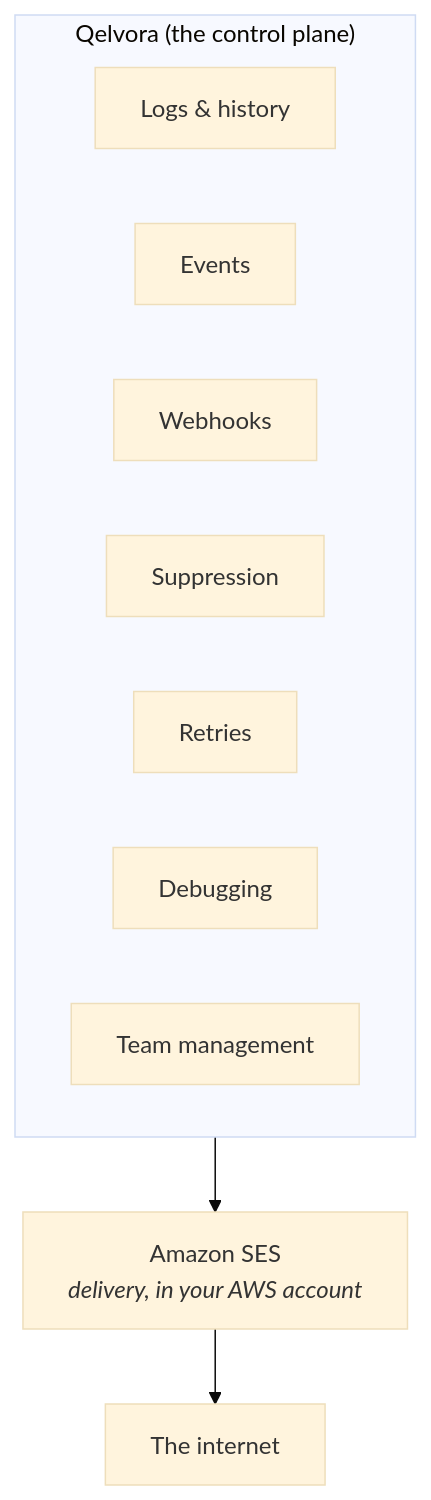
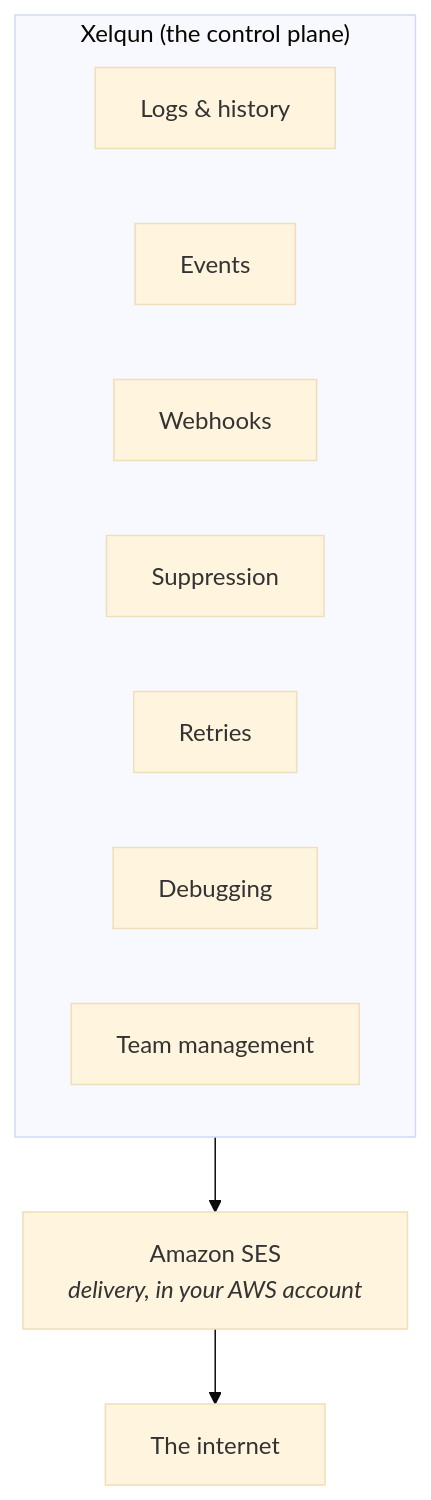
Before and after one commit to 199ocero/qelvora: the second of 2 diagrams in README.md, drawn with Mermaid (base theme). The commit also changed other lines of this file and 8 other files, not shown here.

First line of the commit message:
chore: rename project from Qelvora to Xelqun

````diff
--- a/README.md
+++ b/README.md
@@ -41,15 +41,15 @@
 ```mermaid
 flowchart TB
-    subgraph Q["Qelvora (the control plane)"]
+    subgraph Q["Xelqun (the control plane)"]
         direction LR
         L["Logs & history"]
         E["Events"]
         W["Webhooks"]
         S["Suppression"]
         R["Retries"]
         D["Debugging"]
         T["Team management"]
     end
     Q --> SES["Amazon SES<br/><i>delivery, in your AWS account</i>"]
     SES --> Net["The internet"]
 ```
````
